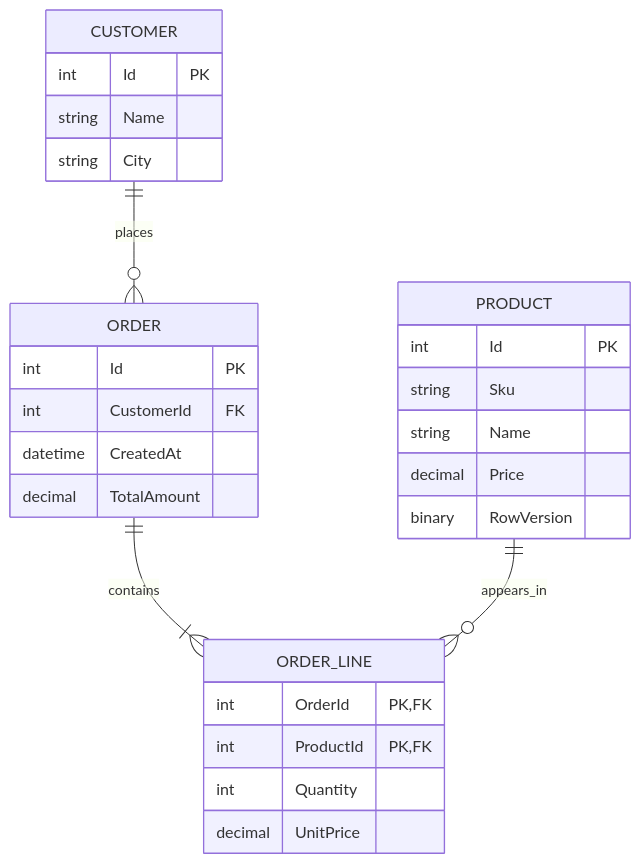
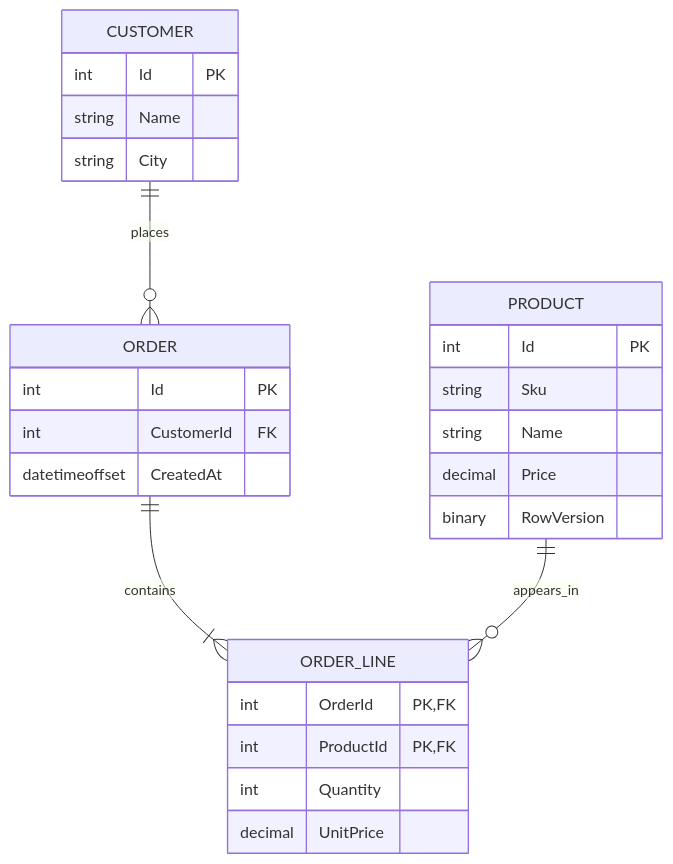
The first of 2 diagrams in lectures/orm-shop-case-study.md (marcinpytlik/WWSI_techniki_orm), drawn with Mermaid before and after one commit. The commit also changed 42 other files, not shown here.

````diff
--- a/lectures/orm-shop-case-study.md
+++ b/lectures/orm-shop-case-study.md
@@ -7,22 +7,21 @@
 ```mermaid
 erDiagram
   CUSTOMER ||--o{ ORDER : places
   ORDER ||--|{ ORDER_LINE : contains
   PRODUCT ||--o{ ORDER_LINE : appears_in
   CUSTOMER { int Id PK
     string Name
     string City }
   ORDER { int Id PK
     int CustomerId FK
-    datetime CreatedAt
-    decimal TotalAmount }
+    datetimeoffset CreatedAt }
   ORDER_LINE { int OrderId PK,FK
     int ProductId PK,FK
     int Quantity
     decimal UnitPrice }
   PRODUCT { int Id PK
     string Sku
     string Name
     decimal Price
     binary RowVersion }
 ```
````
